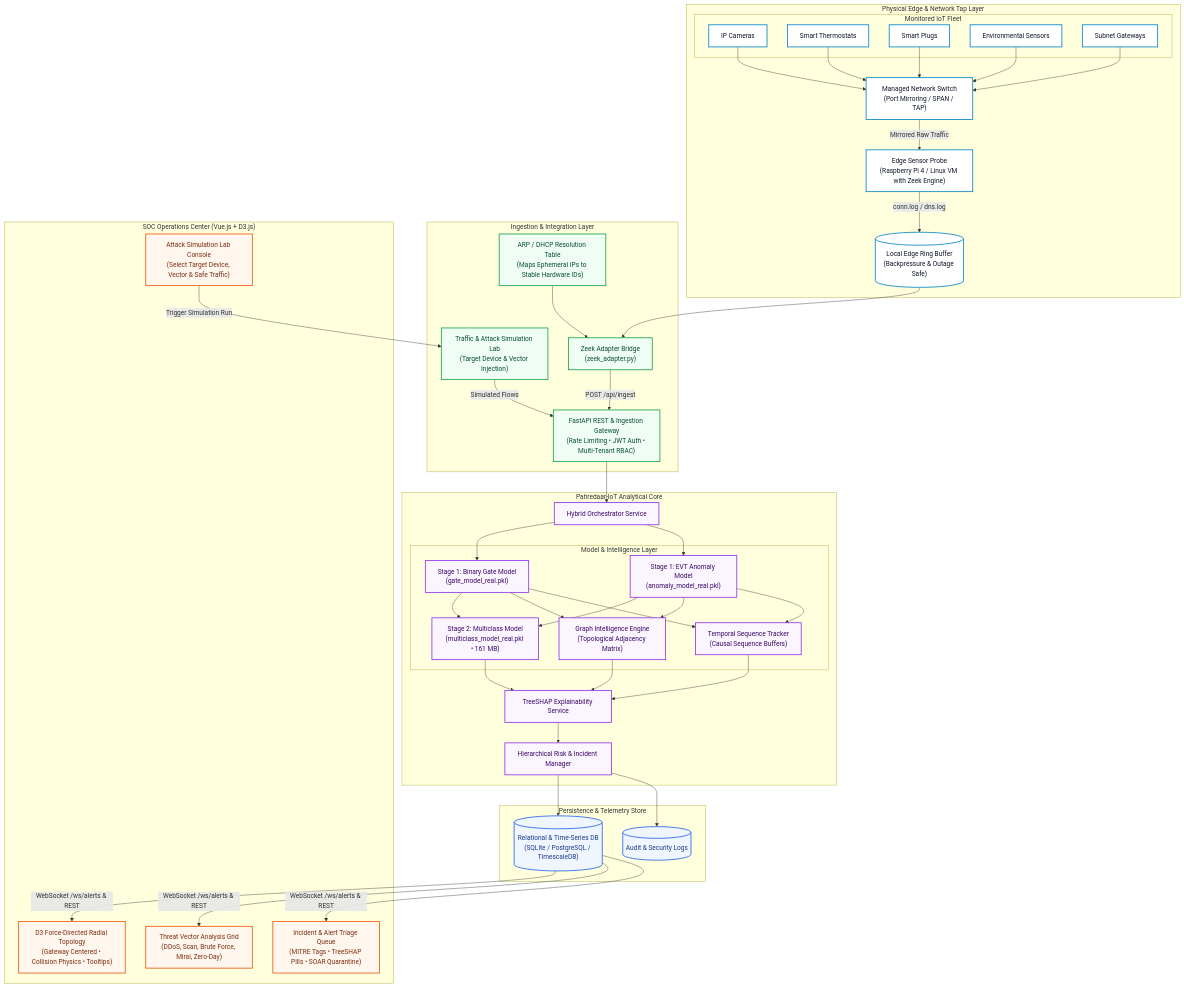
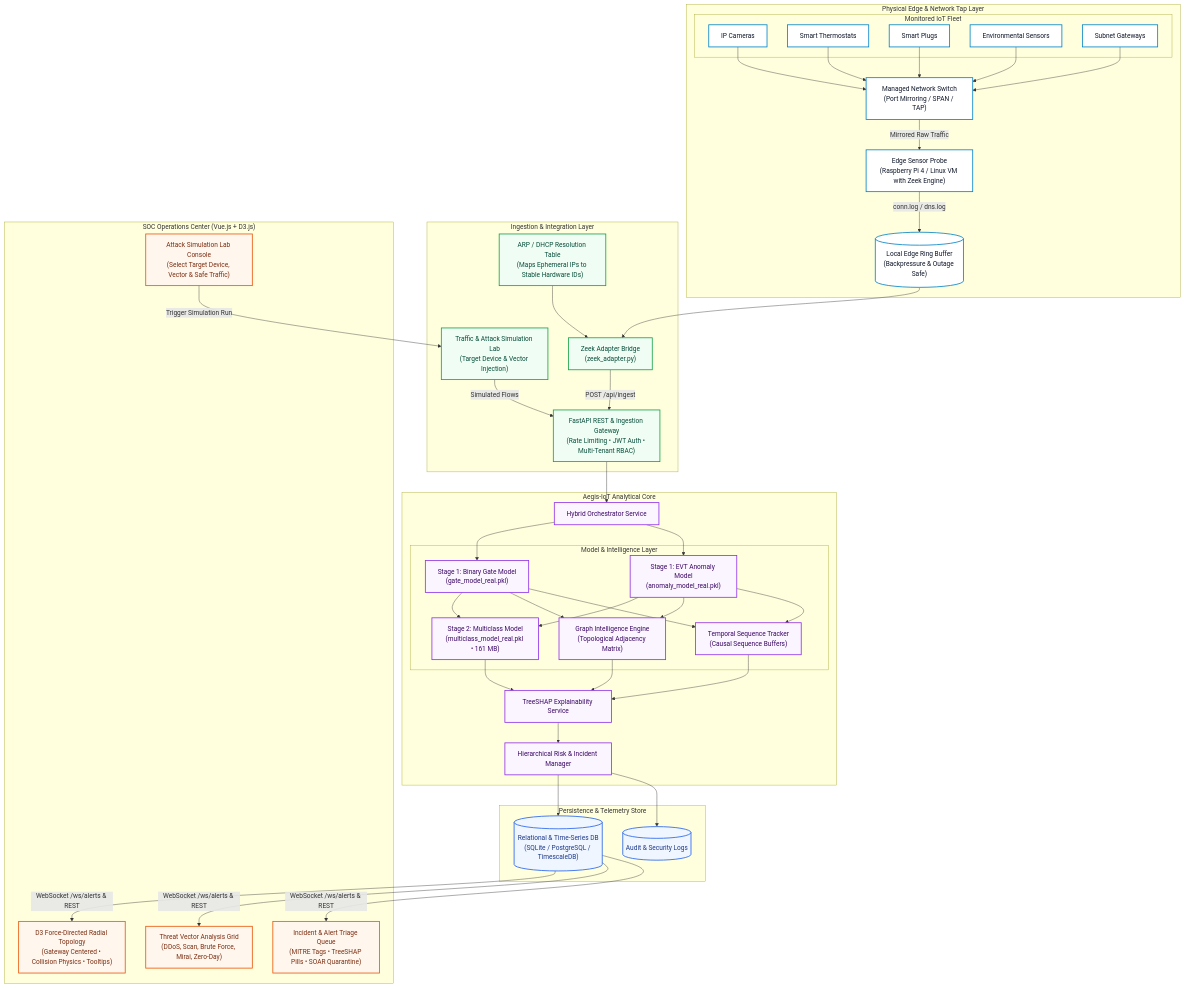
The second of 2 diagrams in docs/architecture_and_algorithm_diagrams.md (Poojax21/ai-iot-intrusion-detection), drawn with Mermaid before and after one commit. The commit also changed other lines of this file and 5 other files, not shown here.

````diff
--- a/docs/architecture_and_algorithm_diagrams.md
+++ b/docs/architecture_and_algorithm_diagrams.md
@@ -86,80 +86,80 @@
 ```mermaid
 flowchart TB
     %% White / Light Theme Styling
     classDef edgeStyle fill:#ffffff,stroke:#0284c7,stroke-width:2px,color:#0f172a;
     classDef ingestStyle fill:#f0fdf4,stroke:#16a34a,stroke-width:2px,color:#064e3b;
     classDef coreStyle fill:#faf5ff,stroke:#9333ea,stroke-width:2px,color:#3b0764;
     classDef dataStyle fill:#eff6ff,stroke:#2563eb,stroke-width:2px,color:#1e3a8a;
     classDef uiStyle fill:#fff7ed,stroke:#ea580c,stroke-width:2px,color:#7c2d12;
 
     %% Edge Layer
     subgraph EDGE["Physical Edge & Network Tap Layer"]
         subgraph IOT_FLEET["Monitored IoT Fleet"]
             CAM["IP Cameras"]:::edgeStyle
             THERM["Smart Thermostats"]:::edgeStyle
             PLUG["Smart Plugs"]:::edgeStyle
             SENS["Environmental Sensors"]:::edgeStyle
             GW["Subnet Gateways"]:::edgeStyle
         end
         SWITCH["Managed Network Switch<br/>(Port Mirroring / SPAN / TAP)"]:::edgeStyle
         PROBE["Edge Sensor Probe<br/>(Raspberry Pi 4 / Linux VM with Zeek Engine)"]:::edgeStyle
         BUFFER[("Local Edge Ring Buffer<br/>(Backpressure & Outage Safe)")]:::edgeStyle
     end
 
     CAM & THERM & PLUG & SENS & GW --> SWITCH
     SWITCH -->|Mirrored Raw Traffic| PROBE
     PROBE -->|conn.log / dns.log| BUFFER
 
     %% Ingestion Layer
     subgraph INGEST["Ingestion & Integration Layer"]
         BRIDGE["Zeek Adapter Bridge<br/>(zeek_adapter.py)"]:::ingestStyle
         ARP["ARP / DHCP Resolution Table<br/>(Maps Ephemeral IPs to Stable Hardware IDs)"]:::ingestStyle
         SIM["Traffic & Attack Simulation Lab<br/>(Target Device & Vector Injection)"]:::ingestStyle
         API_GATEWAY["FastAPI REST & Ingestion Gateway<br/>(Rate Limiting • JWT Auth • Multi-Tenant RBAC)"]:::ingestStyle
     end
 
     BUFFER --> BRIDGE
     ARP --> BRIDGE
     BRIDGE -->|POST /api/ingest| API_GATEWAY
     SIM -->|Simulated Flows| API_GATEWAY
 
     %% Core Detection Engine
-    subgraph ENGINE["Pahredaar-IoT Analytical Core"]
+    subgraph ENGINE["Aegis-IoT Analytical Core"]
         ORCH["Hybrid Orchestrator Service"]:::coreStyle
         
         subgraph MODELS["Model & Intelligence Layer"]
             M_GATE["Stage 1: Binary Gate Model<br/>(gate_model_real.pkl)"]:::coreStyle
             M_EVT["Stage 1: EVT Anomaly Model<br/>(anomaly_model_real.pkl)"]:::coreStyle
             M_MULTI["Stage 2: Multiclass Model<br/>(multiclass_model_real.pkl • 161 MB)"]:::coreStyle
             M_GRAPH["Graph Intelligence Engine<br/>(Topological Adjacency Matrix)"]:::coreStyle
             M_TEMP["Temporal Sequence Tracker<br/>(Causal Sequence Buffers)"]:::coreStyle
         end
 
         SHAP_SRV["TreeSHAP Explainability Service"]:::coreStyle
         RISK_SRV["Hierarchical Risk & Incident Manager"]:::coreStyle
     end
 
     API_GATEWAY --> ORCH
     ORCH --> M_GATE & M_EVT
     M_GATE & M_EVT --> M_MULTI & M_GRAPH & M_TEMP
     M_MULTI & M_GRAPH & M_TEMP --> SHAP_SRV --> RISK_SRV
 
     %% Storage Layer
     subgraph STORAGE["Persistence & Telemetry Store"]
         DB[("Relational & Time-Series DB<br/>(SQLite / PostgreSQL / TimescaleDB)")]:::dataStyle
         AUDIT[("Audit & Security Logs")]:::dataStyle
     end
 
     RISK_SRV --> DB & AUDIT
 
     %% Presentation Layer
     subgraph PRESENTATION["SOC Operations Center (Vue.js + D3.js)"]
         TOPOLOGY["D3 Force-Directed Radial Topology<br/>(Gateway Centered • Collision Physics • Tooltips)"]:::uiStyle
         VECTORS["Threat Vector Analysis Grid<br/>(DDoS, Scan, Brute Force, Mirai, Zero-Day)"]:::uiStyle
         SIM_UI["Attack Simulation Lab Console<br/>(Select Target Device, Vector & Safe Traffic)"]:::uiStyle
         INCIDENTS["Incident & Alert Triage Queue<br/>(MITRE Tags • TreeSHAP Pills • SOAR Quarantine)"]:::uiStyle
     end
 
     DB -->|WebSocket /ws/alerts & REST| TOPOLOGY & VECTORS & INCIDENTS
     SIM_UI -->|Trigger Simulation Run| SIM
 ```
````
